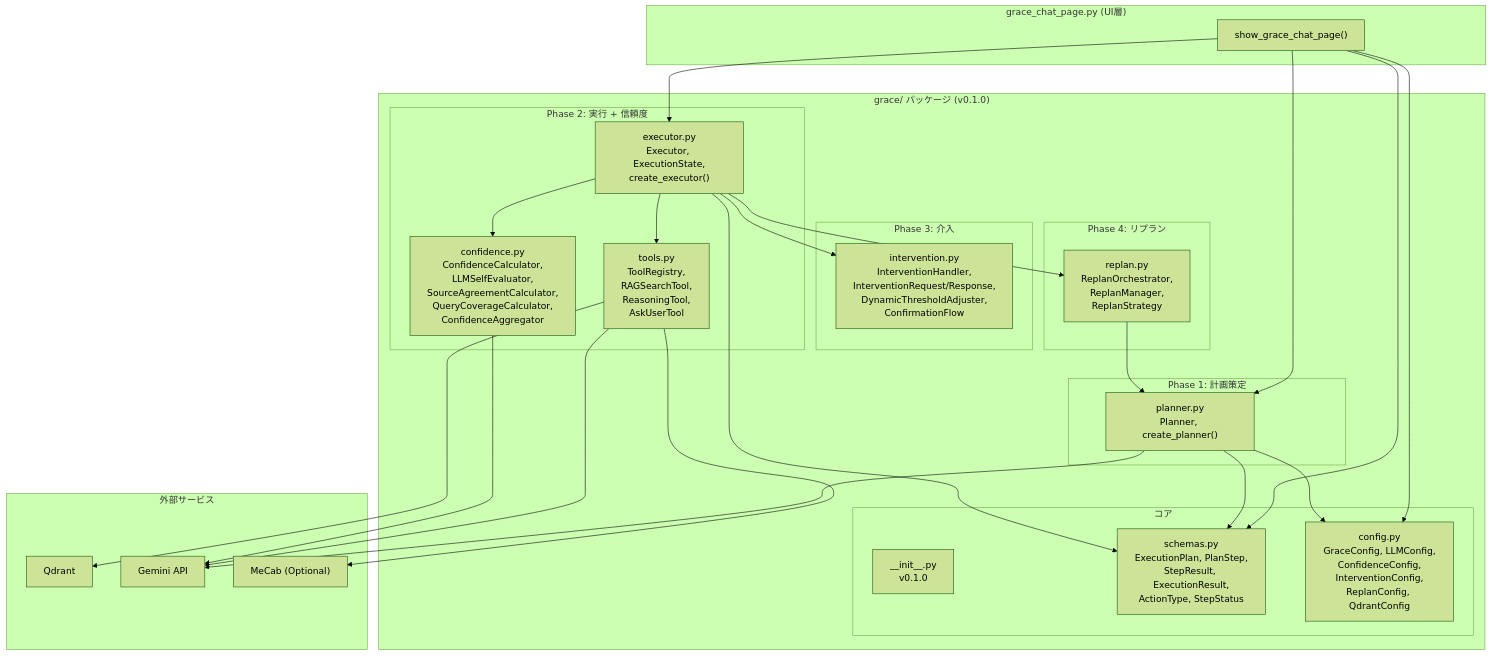
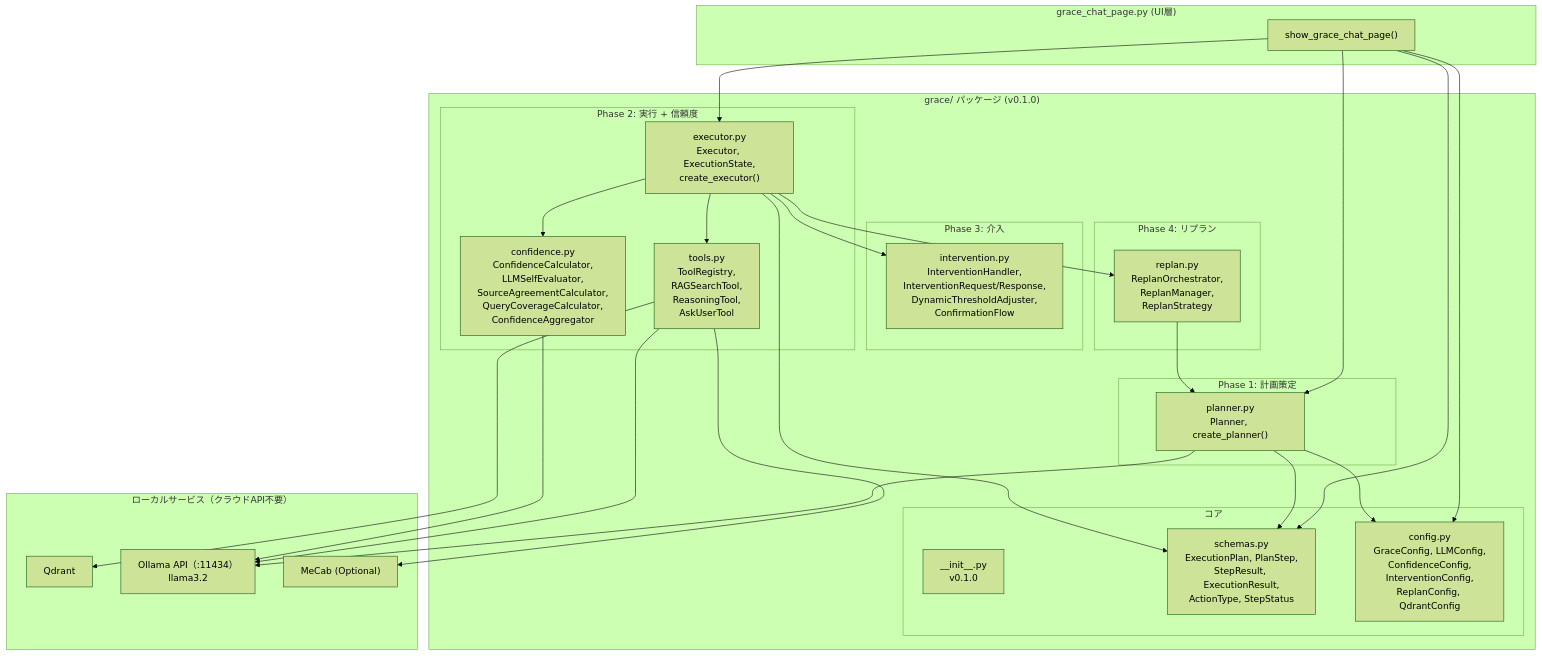
Before and after one commit to nakashima2toshio/ollama_grace_agent: the ninth of 13 diagrams in readme_autonomous_agent.md, drawn with Mermaid (forest theme). The commit also changed other lines of this file, not shown here.

First line of the commit message:
docs: update readme_autonomous_agent.md from Gemini to Ollama

````diff
--- a/readme_autonomous_agent.md
+++ b/readme_autonomous_agent.md
@@ -1062,60 +1065,60 @@
 ```mermaid
 flowchart TB
     subgraph UI["grace_chat_page.py (UI層)"]
         Page["show_grace_chat_page()"]
     end
 
     subgraph GracePackage["grace/ パッケージ (v0.1.0)"]
         subgraph Core["コア"]
             Init["__init__.py<br/>v0.1.0"]
             Schemas["schemas.py<br/>ExecutionPlan, PlanStep,<br/>StepResult, ExecutionResult,<br/>ActionType, StepStatus"]
             Config["config.py<br/>GraceConfig, LLMConfig,<br/>ConfidenceConfig,<br/>InterventionConfig,<br/>ReplanConfig, QdrantConfig"]
         end
 
         subgraph Phase1["Phase 1: 計画策定"]
             PlannerMod["planner.py<br/>Planner, create_planner()"]
         end
 
         subgraph Phase2["Phase 2: 実行 + 信頼度"]
             ExecutorMod["executor.py<br/>Executor, ExecutionState,<br/>create_executor()"]
             ToolsMod["tools.py<br/>ToolRegistry,<br/>RAGSearchTool,<br/>ReasoningTool,<br/>AskUserTool"]
             ConfMod["confidence.py<br/>ConfidenceCalculator,<br/>LLMSelfEvaluator,<br/>SourceAgreementCalculator,<br/>QueryCoverageCalculator,<br/>ConfidenceAggregator"]
         end
 
         subgraph Phase3["Phase 3: 介入"]
             IntervMod["intervention.py<br/>InterventionHandler,<br/>InterventionRequest/Response,<br/>DynamicThresholdAdjuster,<br/>ConfirmationFlow"]
         end
 
         subgraph Phase4["Phase 4: リプラン"]
             ReplanMod["replan.py<br/>ReplanOrchestrator,<br/>ReplanManager,<br/>ReplanStrategy"]
         end
     end
 
-    subgraph External["外部サービス"]
+    subgraph External["ローカルサービス（クラウドAPI不要）"]
         Qdrant["Qdrant"]
-        Gemini["Gemini API"]
+        Ollama["Ollama API（:11434）<br/>llama3.2"]
         MeCab["MeCab (Optional)"]
     end
 
     Page --> PlannerMod
     Page --> ExecutorMod
     Page --> Schemas
     Page --> Config
 
     PlannerMod --> Schemas
     PlannerMod --> Config
-    PlannerMod --> Gemini
+    PlannerMod --> Ollama
 
     ExecutorMod --> ToolsMod
     ExecutorMod --> ConfMod
     ExecutorMod --> IntervMod
     ExecutorMod --> ReplanMod
     ExecutorMod --> Schemas
 
     ToolsMod --> Qdrant
-    ToolsMod --> Gemini
+    ToolsMod --> Ollama
     ToolsMod --> MeCab
 
-    ConfMod --> Gemini
+    ConfMod --> Ollama
     ReplanMod --> PlannerMod
 ```
````
